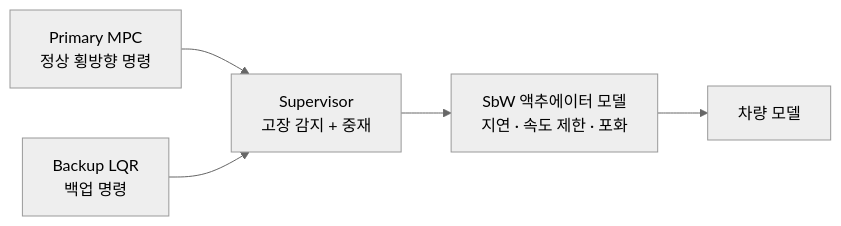
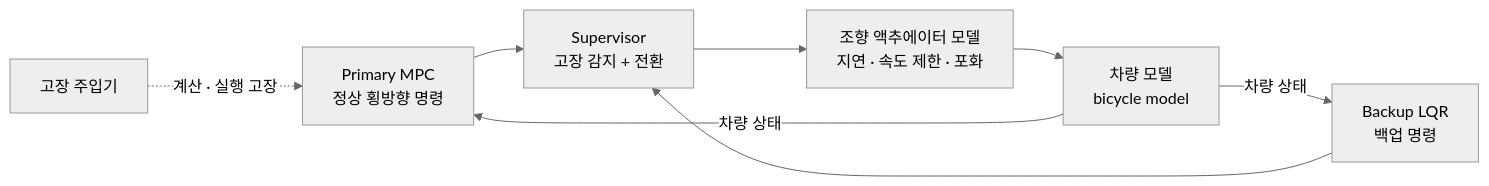
One commit to yoonju04/SIL_HACKATHON changed the first of 3 diagrams in README.md. Above: the diagram before and after it, drawn with Mermaid (neutral theme). The commit also changed other lines of this file and 5 other files, not shown here.

Commit message:
docs: refocus project on MPC fault injection and MPC-to-LQR switching safety

````diff
--- a/README.md
+++ b/README.md
@@ -58,7 +31,10 @@
 ```mermaid
 flowchart LR
-    MPC["Primary MPC<br/>정상 횡방향 명령"] --> SUP["Supervisor<br/>고장 감지 + 중재"]
+    FI["고장 주입기"] -. "계산 · 실행 고장" .-> MPC
+    MPC["Primary MPC<br/>정상 횡방향 명령"] --> SUP["Supervisor<br/>고장 감지 + 전환"]
     LQR["Backup LQR<br/>백업 명령"] --> SUP
-    SUP --> ACT["SbW 액추에이터 모델<br/>지연 · 속도 제한 · 포화"]
-    ACT --> VEH["차량 모델"]
+    SUP --> ACT["조향 액추에이터 모델<br/>지연 · 속도 제한 · 포화"]
+    ACT --> VEH["차량 모델<br/>bicycle model"]
+    VEH -- "차량 상태" --> MPC
+    VEH -- "차량 상태" --> LQR
 ```
````
